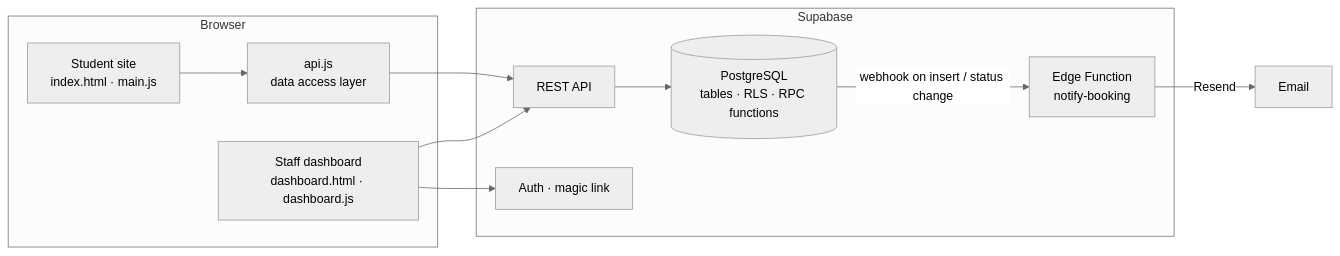
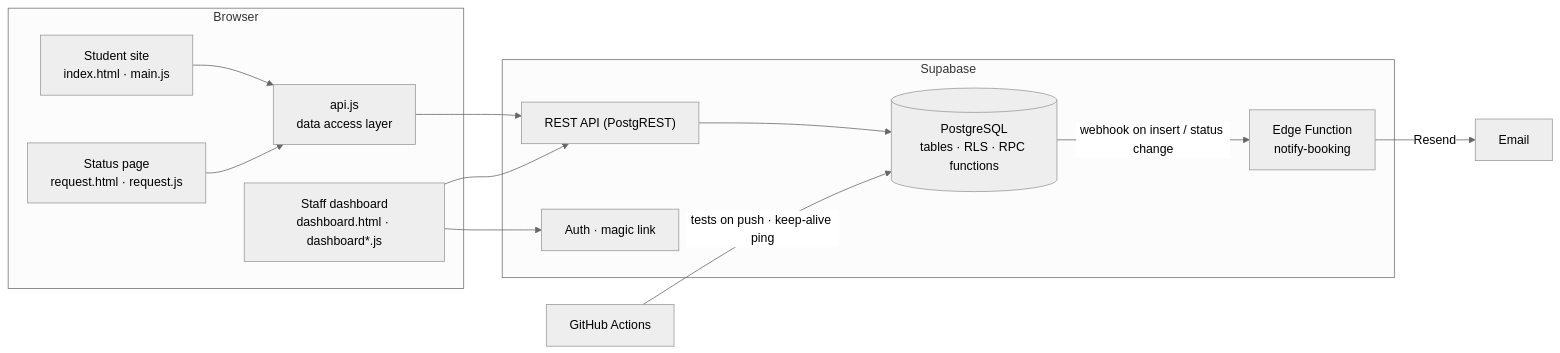
The diagram in README.md (DQuanBui/Fordham_Vietnamese_Career_Network), drawn with Mermaid (neutral theme) before and after one commit. The commit also changed other lines of this file and 5 other files, not shown here.

First line of the commit message:
Add CI, database keep-alive, and an updated project README

````diff
--- a/README.md
+++ b/README.md
@@ -93,18 +107,22 @@
 ```mermaid
 flowchart LR
   subgraph Browser
     S["Student site<br/>index.html · main.js"]
-    D["Staff dashboard<br/>dashboard.html · dashboard.js"]
+    Q["Status page<br/>request.html · request.js"]
+    D["Staff dashboard<br/>dashboard.html · dashboard*.js"]
     A["api.js<br/>data access layer"]
   end
   subgraph Supabase
-    R["REST API"]
+    R["REST API (PostgREST)"]
     AU["Auth · magic link"]
     PG[("PostgreSQL<br/>tables · RLS · RPC functions")]
     EF["Edge Function<br/>notify-booking"]
   end
-  S --> A --> R --> PG
+  S --> A
+  Q --> A
+  A --> R --> PG
   D --> R
   D --> AU
   PG -- "webhook on insert / status change" --> EF -- "Resend" --> M["Email"]
+  GH["GitHub Actions"] -- "tests on push · keep-alive ping" --> PG
 ```
````
